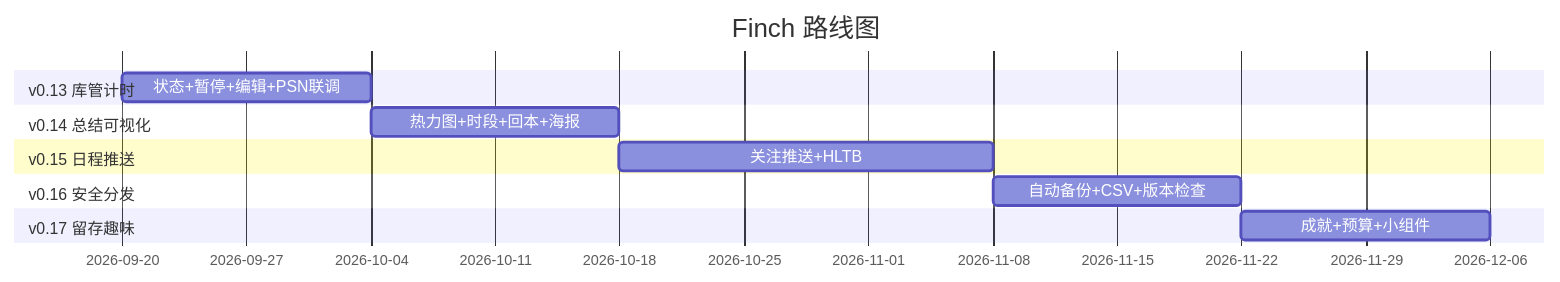
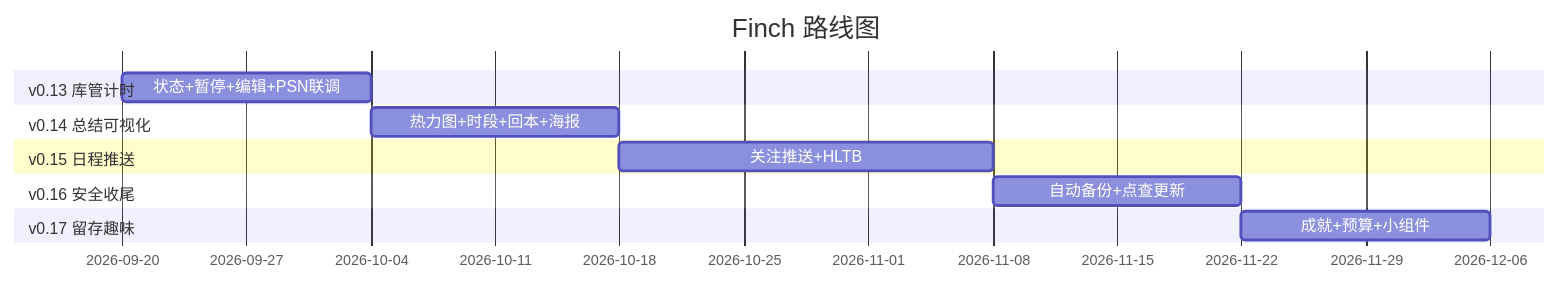
The diagram in ROADMAP.md (NeneRobo32/Finch), drawn with Mermaid before and after one commit. The commit also changed other lines of this file and 13 other files, not shown here.

````diff
--- a/ROADMAP.md
+++ b/ROADMAP.md
@@ -35,15 +35,15 @@
 ```mermaid
 gantt
     title Finch 路线图
     dateFormat  YYYY-MM-DD
     section v0.13 库管计时
     状态+暂停+编辑+PSN联调       :a1, 2026-09-20, 14d
     section v0.14 总结可视化
     热力图+时段+回本+海报        :a2, after a1, 14d
     section v0.15 日程推送
     关注推送+HLTB               :a3, after a2, 21d
-    section v0.16 安全分发
-    自动备份+CSV+版本检查        :a4, after a3, 14d
+    section v0.16 安全收尾
+    自动备份+点查更新           :a4, after a3, 14d
     section v0.17 留存趣味
     成就+预算+小组件            :a5, after a4, 14d
 ```
````
